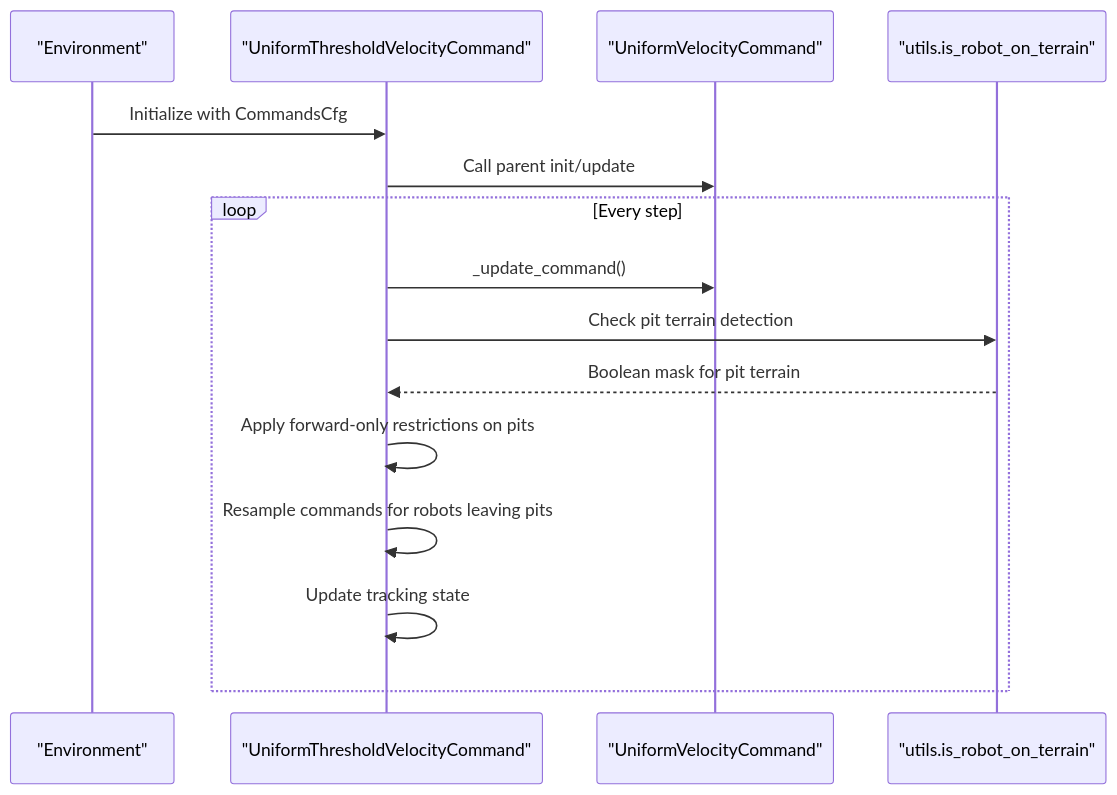
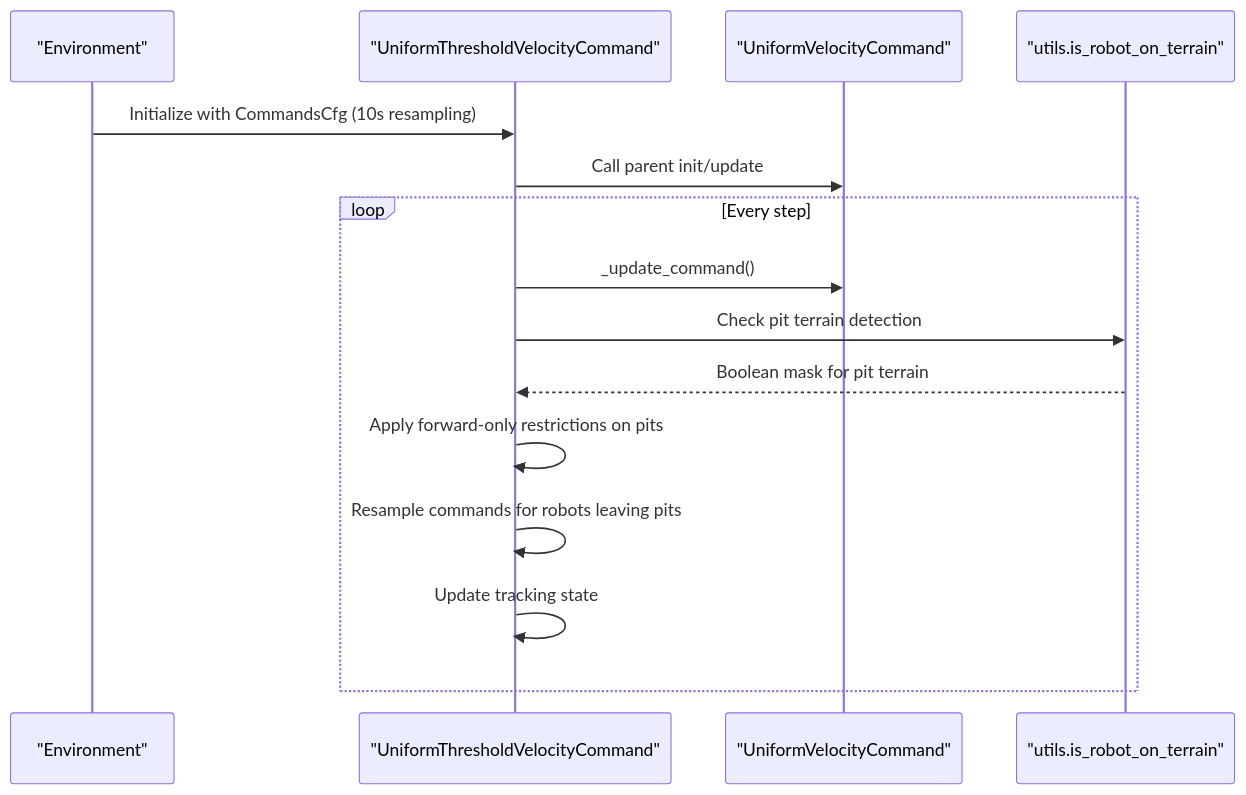
Before and after one commit to jayjayhust/robot_lab: the second of 4 diagrams in .qoder/repowiki/en/content/Task Configuration Framework/Velocity-Based Locomotion Tasks/Command Generation and Tracking.md, drawn with Mermaid. The commit also changed other lines of this file and 6 other files, not shown here.

````diff
--- a/.qoder/repowiki/en/content/Task Configuration Framework/Velocity-Based Locomotion Tasks/Command Generation and Tracking.md
+++ b/.qoder/repowiki/en/content/Task Configuration Framework/Velocity-Based Locomotion Tasks/Command Generation and Tracking.md
@@ -109,17 +111,17 @@
 ```mermaid
 sequenceDiagram
 participant Env as "Environment"
 participant Cmd as "UniformThresholdVelocityCommand"
 participant Base as "UniformVelocityCommand"
 participant Util as "utils.is_robot_on_terrain"
-Env->>Cmd : Initialize with CommandsCfg
+Env->>Cmd : Initialize with CommandsCfg (10s resampling)
 Cmd->>Base : Call parent init/update
 loop Every step
 Cmd->>Base : _update_command()
 Cmd->>Util : Check pit terrain detection
 Util-->>Cmd : Boolean mask for pit terrain
 Cmd->>Cmd : Apply forward-only restrictions on pits
 Cmd->>Cmd : Resample commands for robots leaving pits
 Cmd->>Cmd : Update tracking state
 end
 ```
````
